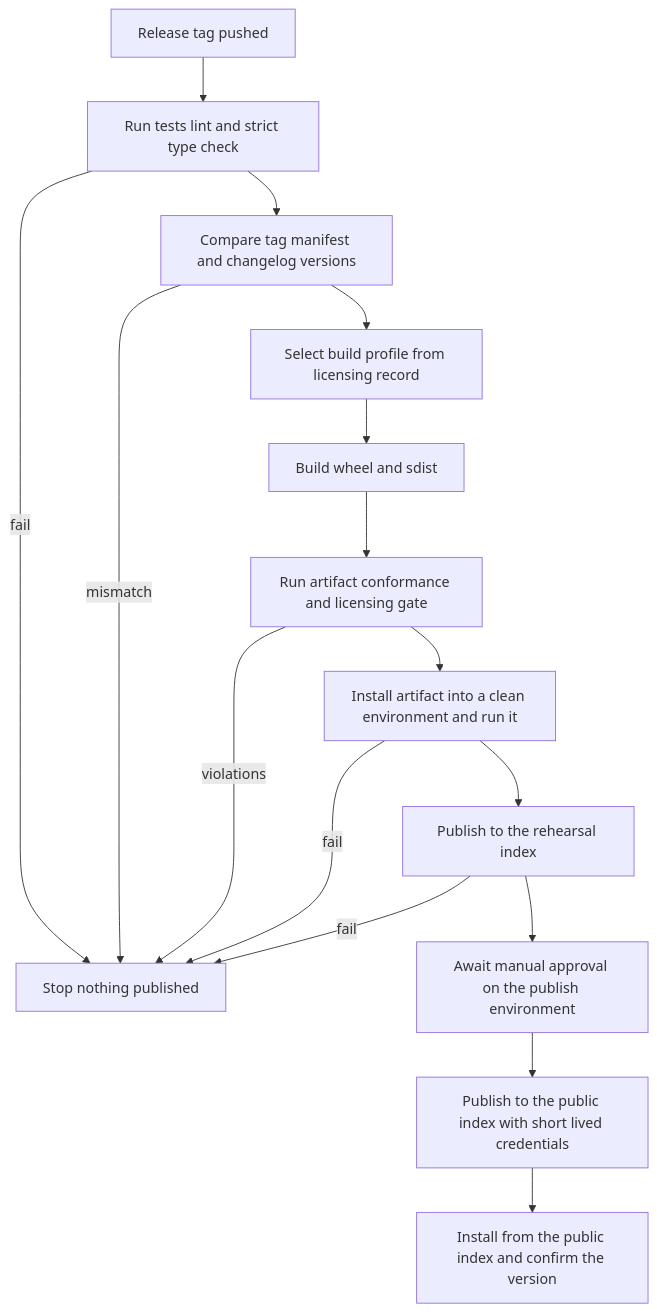
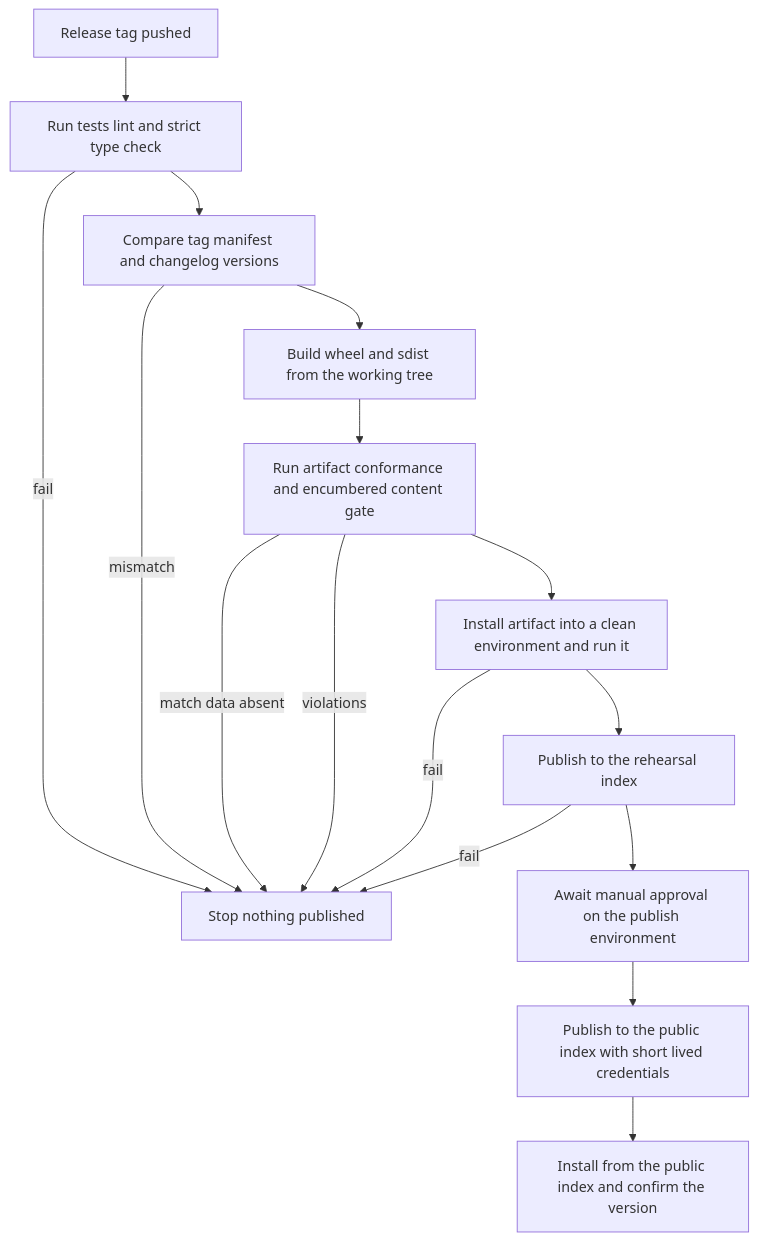
One commit to joshua-stauffer/fitdocs changed the second of 5 diagrams in .kiro/specs/distribution/design.md. Above: the diagram before and after it, drawn with Mermaid. The commit also changed other lines of this file and 2 other files, not shown here.

````diff
--- a/.kiro/specs/distribution/design.md
+++ b/.kiro/specs/distribution/design.md
@@ -282,18 +287,18 @@
 ```mermaid
 flowchart TB
     Tag[Release tag pushed] --> Gates[Run tests lint and strict type check]
     Gates -->|fail| Stop[Stop nothing published]
     Gates --> Version[Compare tag manifest and changelog versions]
     Version -->|mismatch| Stop
-    Version --> Profile[Select build profile from licensing record]
-    Profile --> Build[Build wheel and sdist]
-    Build --> Check[Run artifact conformance and licensing gate]
+    Version --> Build[Build wheel and sdist from the working tree]
+    Build --> Check[Run artifact conformance and encumbered content gate]
+    Check -->|match data absent| Stop
     Check -->|violations| Stop
     Check --> Clean[Install artifact into a clean environment and run it]
     Clean -->|fail| Stop
     Clean --> Rehearse[Publish to the rehearsal index]
     Rehearse -->|fail| Stop
     Rehearse --> Approve[Await manual approval on the publish environment]
     Approve --> Publish[Publish to the public index with short lived credentials]
     Publish --> Verify[Install from the public index and confirm the version]
 ```
````
